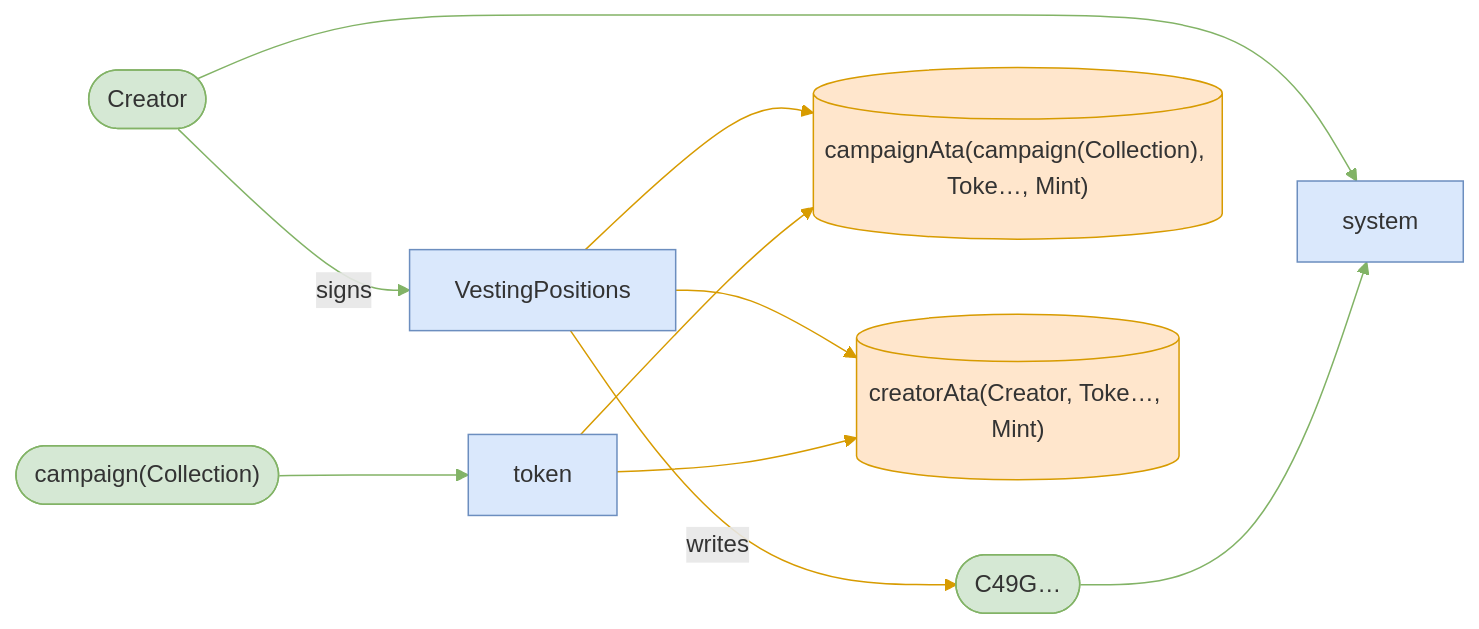
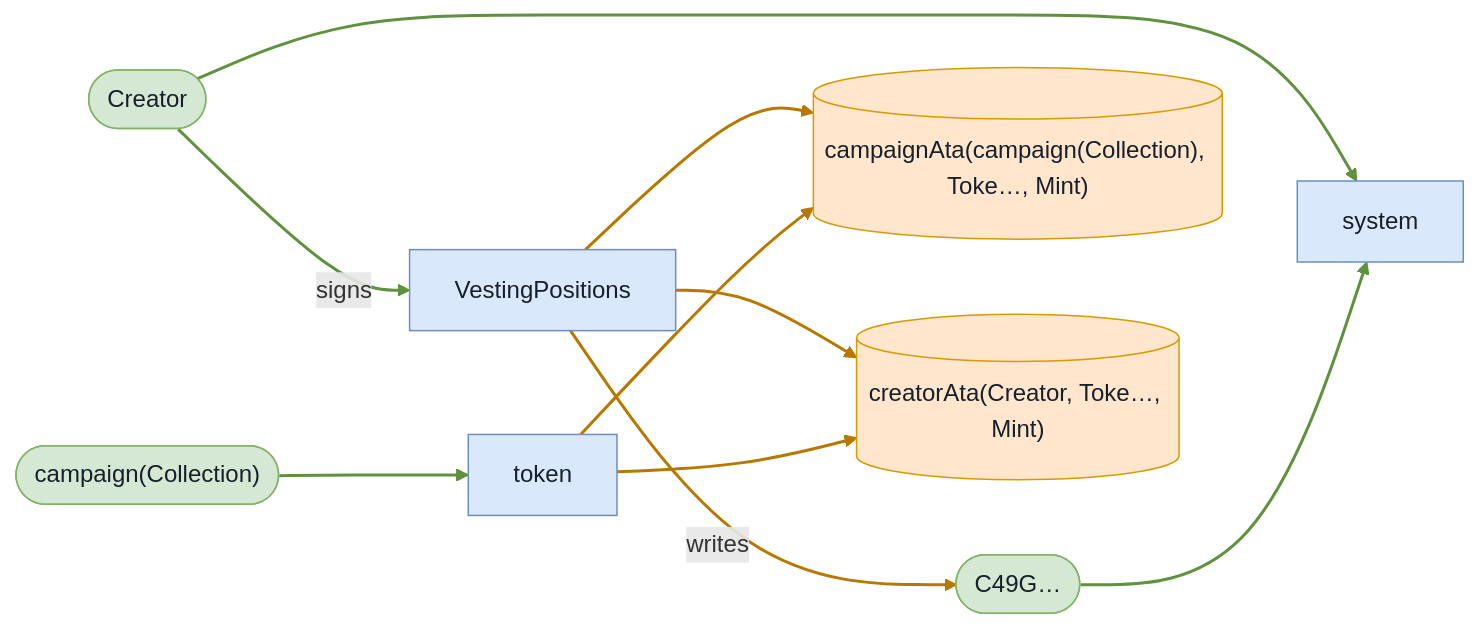
Before and after one commit to cds-turbin3/vesting-position: the fifth of 9 diagrams in babelfish-tests/test-report/clawback_unclaimed_recovers_allocation_and_blocks_claim.md, drawn with Mermaid. The commit also changed other lines of this file and 106 other files, not shown here.

````diff
--- a/babelfish-tests/test-report/clawback_unclaimed_recovers_allocation_and_blocks_claim.md
+++ b/babelfish-tests/test-report/clawback_unclaimed_recovers_allocation_and_blocks_claim.md
@@ -234,25 +233,25 @@
 ```mermaid
 flowchart LR
     VestingPositions["VestingPositions"]:::program
     Creator(["Creator"]):::signer
     C49G(["C49G…"]):::signer
     campaignAtacampaignCollectionTokeMint[("campaignAta(campaign(Collection), Toke…, Mint)")]:::state
     creatorAtaCreatorTokeMint[("creatorAta(Creator, Toke…, Mint)")]:::state
     system["system"]:::program
     token["token"]:::program
     campaignCollection(["campaign(Collection)"]):::signer
     Creator -->|signs| VestingPositions
     VestingPositions -->|writes| C49G
     VestingPositions --> campaignAtacampaignCollectionTokeMint
     VestingPositions --> creatorAtaCreatorTokeMint
     Creator --> system
     C49G --> system
     token --> campaignAtacampaignCollectionTokeMint
     token --> creatorAtaCreatorTokeMint
     campaignCollection --> token
-    classDef program fill:#dae8fc,stroke:#6c8ebf;
-    classDef signer fill:#d5e8d4,stroke:#82b366;
-    classDef state fill:#ffe6cc,stroke:#d79b00;
-    linkStyle 0,4,5,8 stroke:#82b366
-    linkStyle 1,2,3,6,7 stroke:#d79b00
+    classDef program fill:#dae8fc,stroke:#6c8ebf,color:#17202a;
+    classDef signer fill:#d5e8d4,stroke:#82b366,color:#17202a;
+    classDef state fill:#ffe6cc,stroke:#d79b00,color:#17202a;
+    linkStyle 0,4,5,8 stroke:#5f913f,stroke-width:2px
+    linkStyle 1,2,3,6,7 stroke:#b87800,stroke-width:2px
 ```
````
